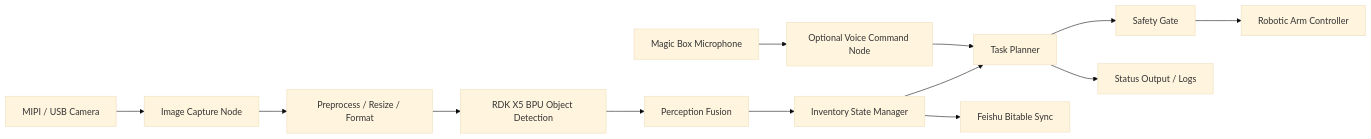
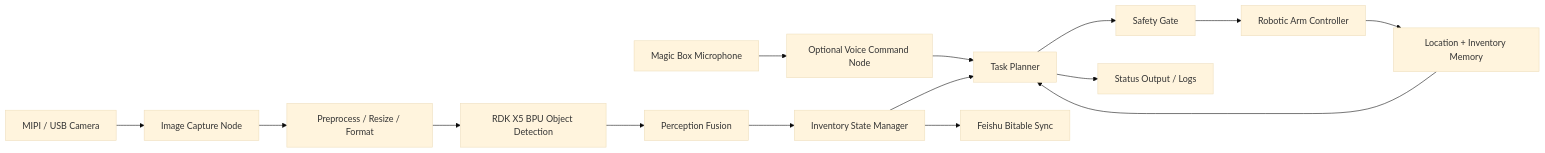
The first of 2 diagrams in docs/ARCHITECTURE.md (Ethan-Chen-plus/rdk-x5-smart-inventory-robot), drawn with Mermaid (base theme) before and after one commit. The commit also changed other lines of this file and 5 other files, not shown here.

````diff
--- a/docs/ARCHITECTURE.md
+++ b/docs/ARCHITECTURE.md
@@ -25,15 +33,17 @@
 ```mermaid
 flowchart LR
     Camera[MIPI / USB Camera] --> Capture[Image Capture Node]
     Mic[Magic Box Microphone] --> Voice[Optional Voice Command Node]
     Capture --> Preprocess[Preprocess / Resize / Format]
     Preprocess --> BPU[RDK X5 BPU Object Detection]
     BPU --> Perception[Perception Fusion]
     Voice --> Planner[Task Planner]
     Perception --> Inventory[Inventory State Manager]
     Inventory --> Feishu[Feishu Bitable Sync]
     Inventory --> Planner
     Planner --> Safety[Safety Gate]
     Safety --> Arm[Robotic Arm Controller]
     Planner --> UI[Status Output / Logs]
+    Memory[Location + Inventory Memory] --> Planner
+    Arm --> Memory
 ```
````
